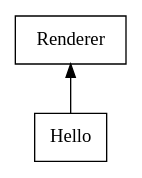
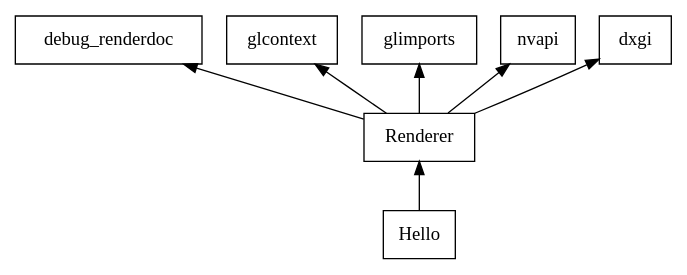
The diagram in doc/tinybgfx_helloworld.dot (hotqkc/tt), drawn with Graphviz before and after one commit. The commit also changed 36 other files, not shown here.

```diff
--- a/doc/tinybgfx_helloworld.dot
+++ b/doc/tinybgfx_helloworld.dot
@@ -1,10 +1,15 @@
 digraph tinybgfx_helloworld {
 
 	rankdir = BT
 
 	node [
 		shape = "record"
 	]
 	
 	Hello -> Renderer
+	Renderer -> debug_renderdoc
+	Renderer -> glcontext
+	Renderer -> glimports
+	Renderer -> nvapi
+	Renderer -> dxgi
 }
```
